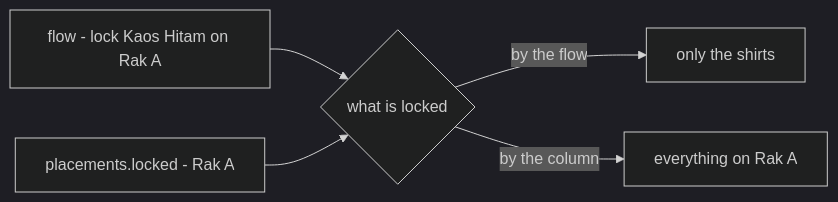
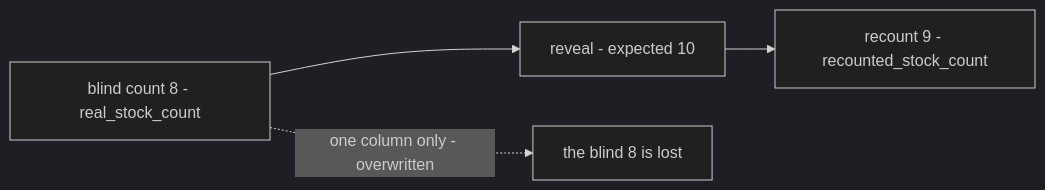
One commit to pdcgo/warehouse_revamp changed the third of 3 diagrams in docs/business/inventory/opname_clarify.md. Above: the diagram before and after it, drawn with Mermaid (dark theme). The commit also changed other lines of this file and 15 other files, not shown here.

````diff
--- a/docs/business/inventory/opname_clarify.md
+++ b/docs/business/inventory/opname_clarify.md
@@ -157,7 +324,6 @@
 ```mermaid
 flowchart LR
-  F["flow - lock Kaos Hitam on Rak A"] --> X{"what is locked"}
-  T["placements.locked - Rak A"] --> X
-  X -->|"by the flow"| A["only the shirts"]
-  X -->|"by the column"| B["everything on Rak A"]
+  B["blind count 8 - real_stock_count"] --> V["reveal - expected 10"]
+  V --> R["recount 9 - recounted_stock_count"]
+  B -.->|"one column only - overwritten"| X["the blind 8 is lost"]
 ```
````
